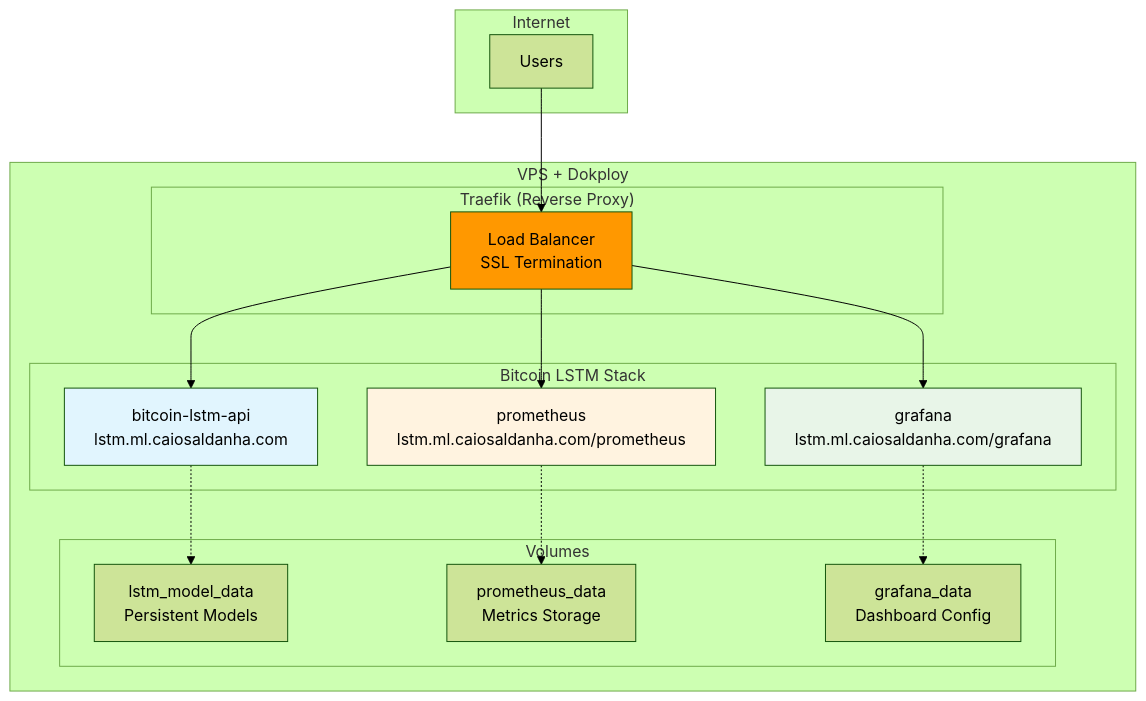
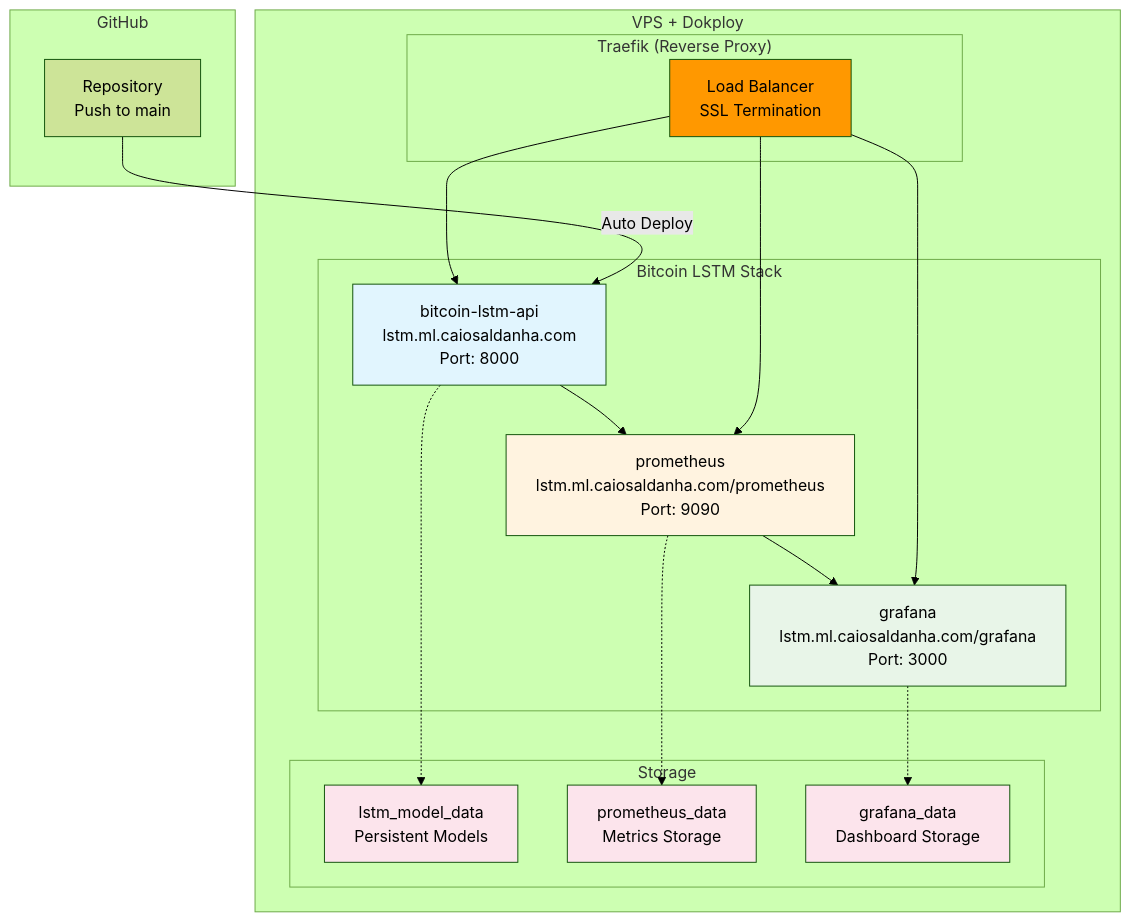
Before and after one commit to caiosaldanha/bitcoin-lstm-api: the third of 5 diagrams in README.md, drawn with Mermaid (forest theme). The commit also changed other lines of this file and 9 other files, not shown here.

````diff
--- a/README.md
+++ b/README.md
@@ -306,37 +309,42 @@
 ```mermaid
 graph TB
-    subgraph "Internet"
-        U[Users]
+    subgraph "GitHub"
+        G[Repository<br/>Push to main]
     end
     
     subgraph "VPS + Dokploy"
         subgraph "Traefik (Reverse Proxy)"
             T[Load Balancer<br/>SSL Termination]
         end
         
         subgraph "Bitcoin LSTM Stack"
-            A[bitcoin-lstm-api<br/>lstm.ml.caiosaldanha.com]
-            B[prometheus<br/>lstm.ml.caiosaldanha.com/prometheus]
-            C[grafana<br/>lstm.ml.caiosaldanha.com/grafana]
+            A[bitcoin-lstm-api<br/>lstm.ml.caiosaldanha.com<br/>Port: 8000]
+            B[prometheus<br/>lstm.ml.caiosaldanha.com/prometheus<br/>Port: 9090]
+            C[grafana<br/>lstm.ml.caiosaldanha.com/grafana<br/>Port: 3000]
         end
         
-        subgraph "Volumes"
+        subgraph "Storage"
             D[lstm_model_data<br/>Persistent Models]
             E[prometheus_data<br/>Metrics Storage]
-            F[grafana_data<br/>Dashboard Config]
+            F[grafana_data<br/>Dashboard Storage]
         end
     end
     
-    U --> T
+    G -->|Auto Deploy| A
     T --> A
     T --> B
     T --> C
+    A --> B
+    B --> C
     A -.-> D
     B -.-> E
     C -.-> F
     
     style T fill:#ff9800
     style A fill:#e1f5fe
     style B fill:#fff3e0
     style C fill:#e8f5e8
+    style D fill:#fce4ec
+    style E fill:#fce4ec
+    style F fill:#fce4ec
 ```
````
